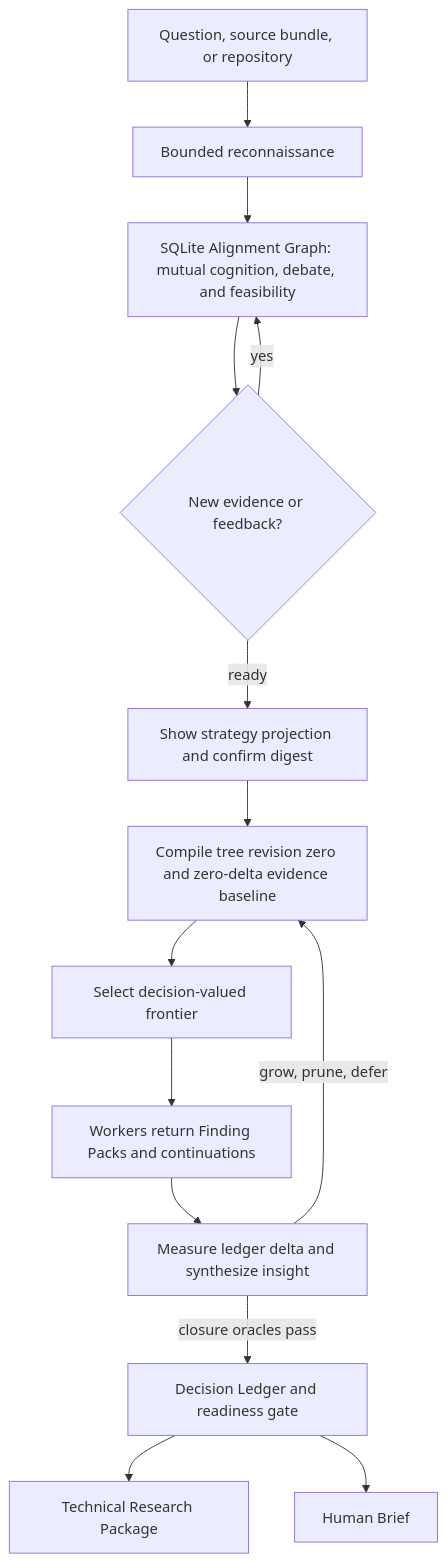
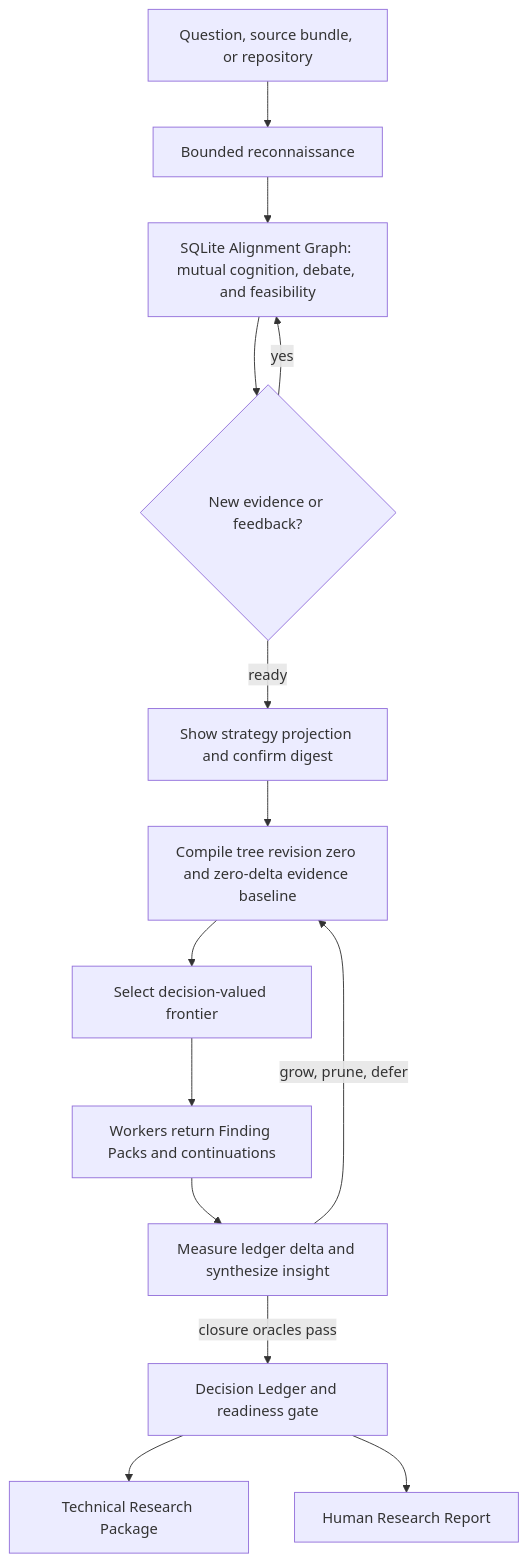
One commit to amd2g2zz/research-tree changed the diagram in README.md. Above: the diagram before and after it, drawn with Mermaid. The commit also changed other lines of this file and 34 other files, not shown here.

Commit message:
docs: define alpha2 human research report artifact

````diff
--- a/README.md
+++ b/README.md
@@ -74,16 +74,16 @@
 ```mermaid
 flowchart TD
     Q[Question, source bundle, or repository] --> R[Bounded reconnaissance]
     R --> C[SQLite Alignment Graph: mutual cognition, debate, and feasibility]
     C --> H{New evidence or feedback?}
     H -->|yes| C
     H -->|ready| S[Show strategy projection and confirm digest]
     S --> P[Compile tree revision zero and zero-delta evidence baseline]
     P --> F[Select decision-valued frontier]
     F --> W[Workers return Finding Packs and continuations]
     W --> I[Measure ledger delta and synthesize insight]
     I -->|grow, prune, defer| P
     I -->|closure oracles pass| L[Decision Ledger and readiness gate]
     L --> T[Technical Research Package]
-    L --> B[Human Brief]
+    L --> B[Human Research Report]
 ```
````
